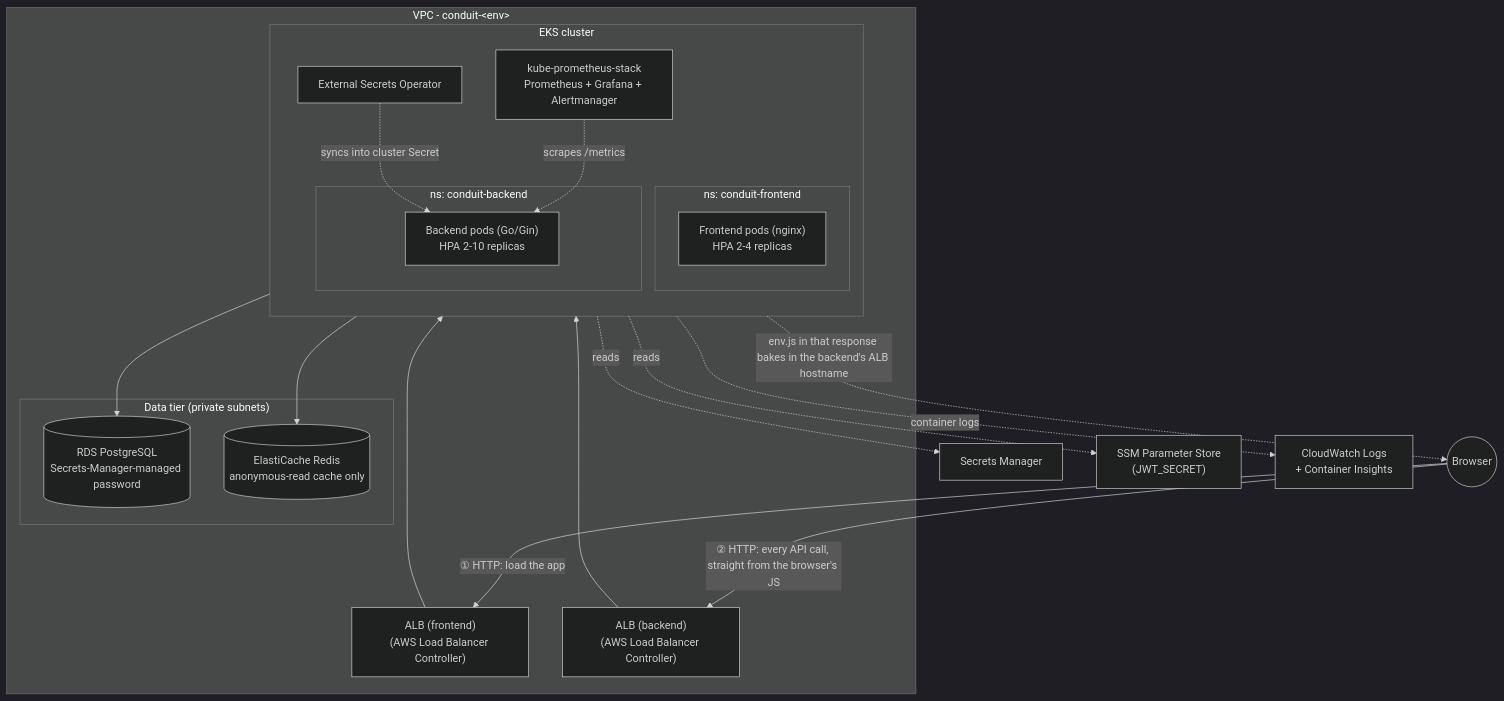
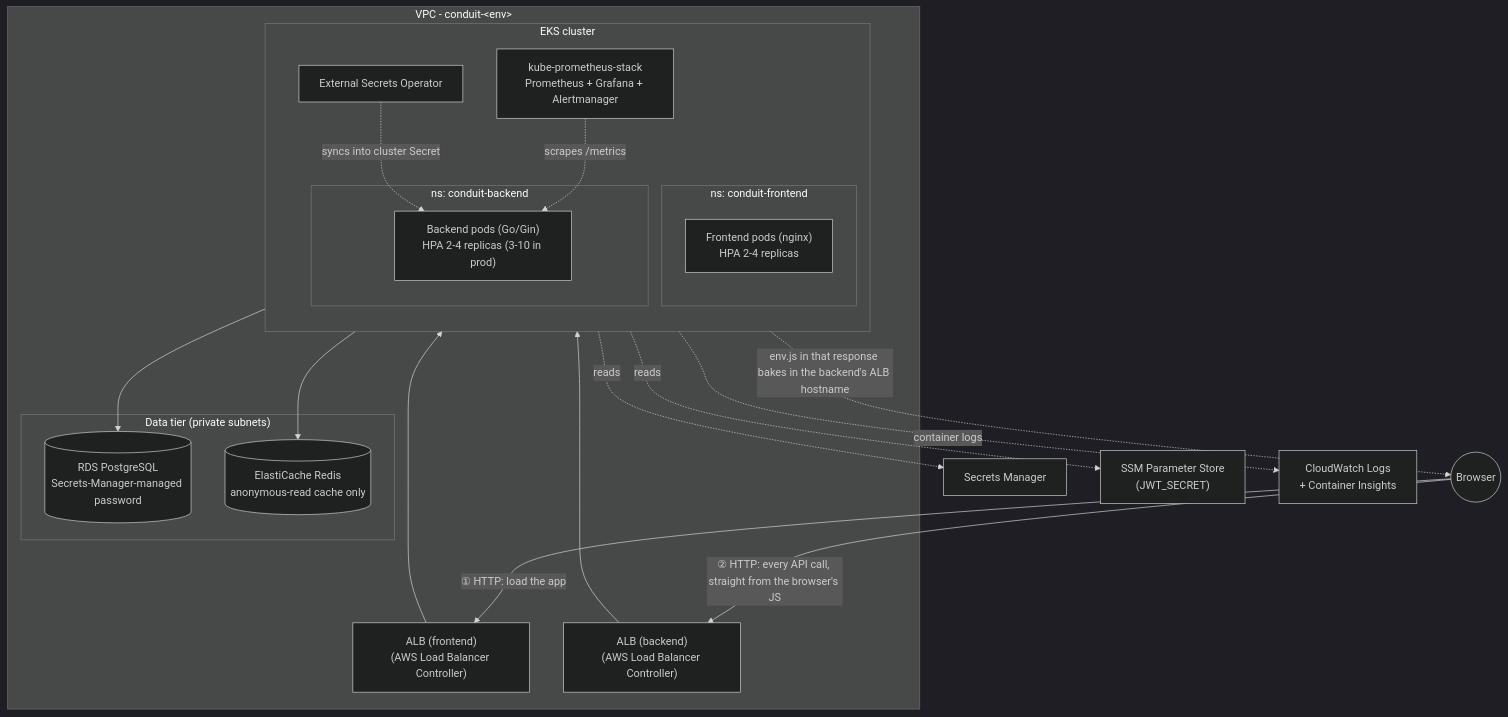
The first of 2 diagrams in docs/architecture.md (mashiofu/conduit-platform), drawn with Mermaid (dark theme) before and after one commit. The commit also changed 3 other files, not shown here.

````diff
--- a/docs/architecture.md
+++ b/docs/architecture.md
@@ -9,41 +9,41 @@
 ```mermaid
 flowchart TB
     User(("Browser"))
 
     subgraph vpc["VPC - conduit-&lt;env&gt;"]
         ALBf["ALB (frontend)<br/>(AWS Load Balancer Controller)"]
         ALBb["ALB (backend)<br/>(AWS Load Balancer Controller)"]
 
         subgraph eks["EKS cluster"]
             direction TB
             subgraph nsFrontend["ns: conduit-frontend"]
                 Frontend["Frontend pods (nginx)<br/>HPA 2-4 replicas"]
             end
             subgraph nsBackend["ns: conduit-backend"]
-                Backend["Backend pods (Go/Gin)<br/>HPA 2-10 replicas"]
+                Backend["Backend pods (Go/Gin)<br/>HPA 2-4 replicas (3-10 in prod)"]
             end
             Prom["kube-prometheus-stack<br/>Prometheus + Grafana + Alertmanager"]
             ESO["External Secrets Operator"]
         end
 
         subgraph data["Data tier (private subnets)"]
             RDS[("RDS PostgreSQL<br/>Secrets-Manager-managed password")]
             Redis[("ElastiCache Redis<br/>anonymous-read cache only")]
         end
     end
 
     SM["Secrets Manager"]
     SSM["SSM Parameter Store<br/>(JWT_SECRET)"]
     CW["CloudWatch Logs<br/>+ Container Insights"]
 
     User -->|"① HTTP: load the app"| ALBf --> Frontend
     Frontend -.->|"env.js in that response bakes in the backend's ALB hostname"| User
     User -->|"② HTTP: every API call, straight from the browser's JS"| ALBb --> Backend
     Backend --> RDS
     Backend --> Redis
     ESO -.reads.-> SM
     ESO -.reads.-> SSM
     ESO -.syncs into cluster Secret.-> Backend
     Prom -.scrapes /metrics.-> Backend
     eks -.container logs.-> CW
 ```
````
